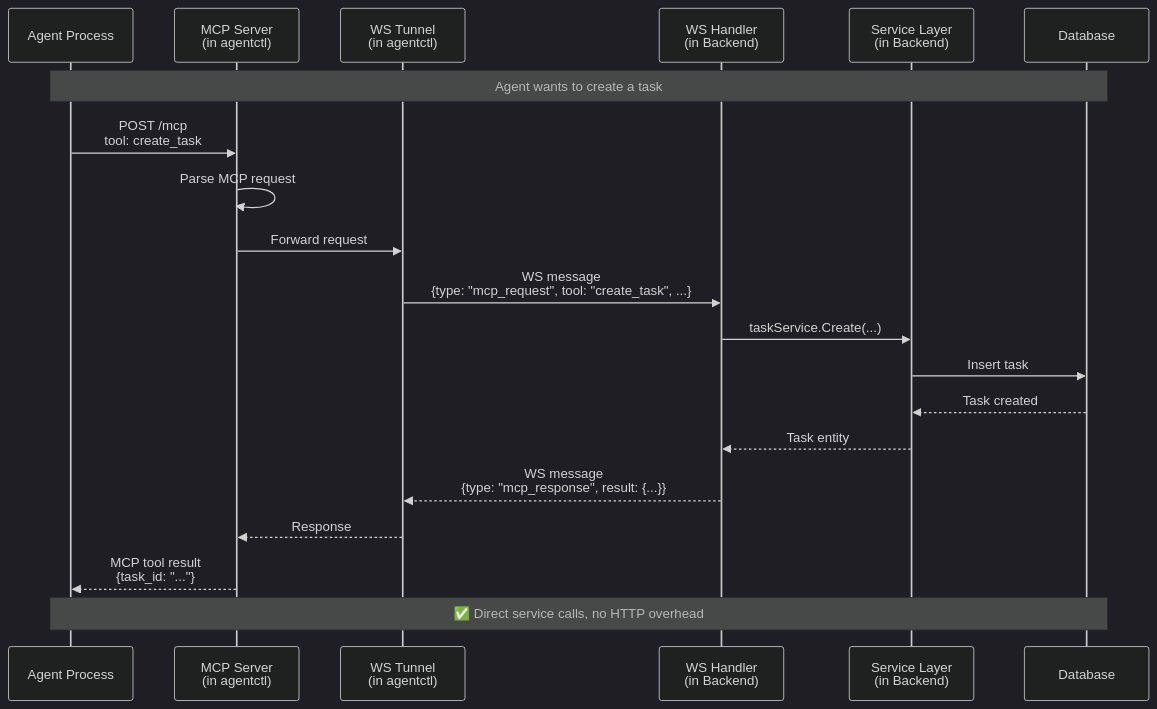
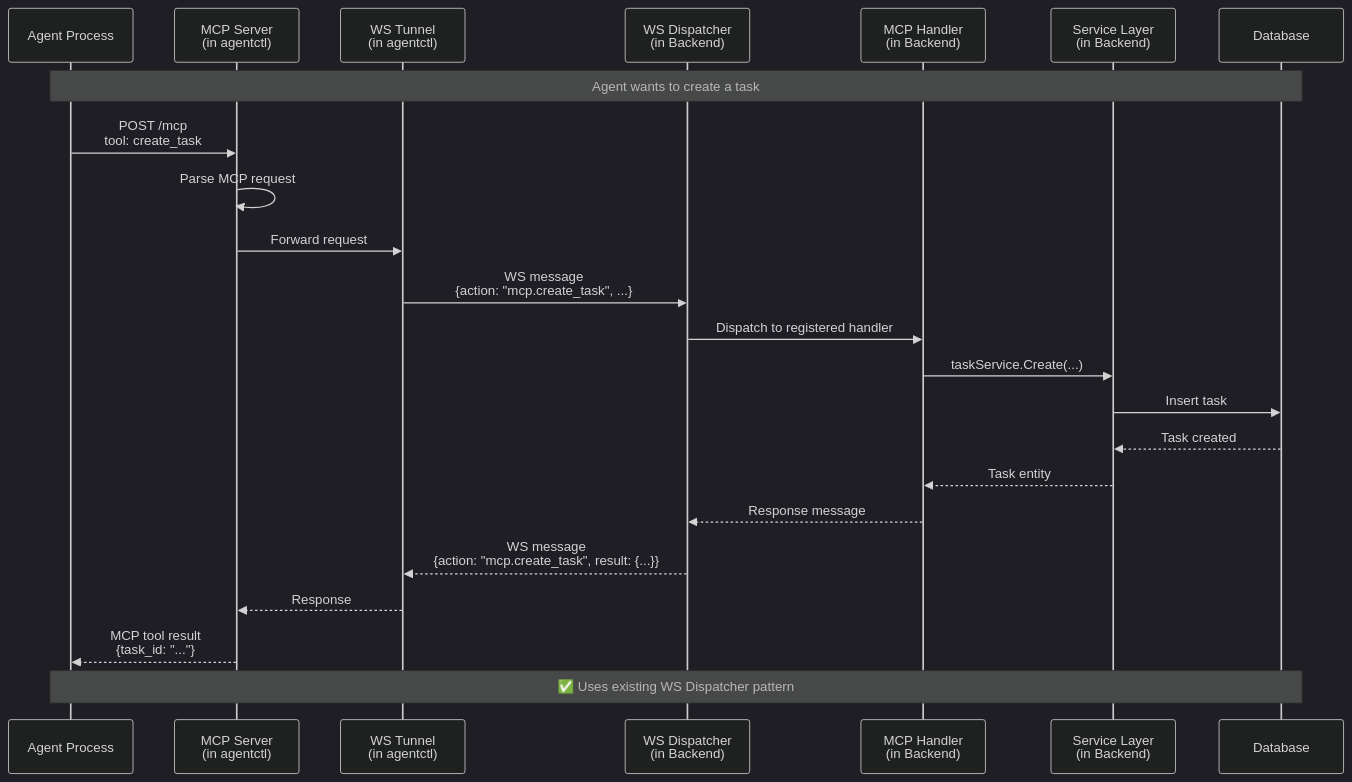
Before and after one commit to kdlbs/kandev: the third of 5 diagrams in docs/architecture/mcp-agentctl-migration.md, drawn with Mermaid (dark theme). The commit also changed other lines of this file, not shown here.

First line of the commit message:
docs: add backend internal architecture with WS Dispatcher pattern

````diff
--- a/docs/architecture/mcp-agentctl-migration.md
+++ b/docs/architecture/mcp-agentctl-migration.md
@@ -109,27 +116,30 @@
 ```mermaid
 sequenceDiagram
     participant Agent as Agent Process
     participant MCP as MCP Server<br/>(in agentctl)
     participant Tunnel as WS Tunnel<br/>(in agentctl)
-    participant WSHandler as WS Handler<br/>(in Backend)
+    participant Dispatcher as WS Dispatcher<br/>(in Backend)
+    participant Handler as MCP Handler<br/>(in Backend)
     participant Service as Service Layer<br/>(in Backend)
     participant DB as Database
 
     Note over Agent,DB: Agent wants to create a task
 
     Agent->>MCP: POST /mcp<br/>tool: create_task
     MCP->>MCP: Parse MCP request
 
     MCP->>Tunnel: Forward request
-    Tunnel->>WSHandler: WS message<br/>{type: "mcp_request", tool: "create_task", ...}
-    WSHandler->>Service: taskService.Create(...)
+    Tunnel->>Dispatcher: WS message<br/>{action: "mcp.create_task", ...}
+    Dispatcher->>Handler: Dispatch to registered handler
+    Handler->>Service: taskService.Create(...)
     Service->>DB: Insert task
     DB-->>Service: Task created
-    Service-->>WSHandler: Task entity
-    WSHandler-->>Tunnel: WS message<br/>{type: "mcp_response", result: {...}}
+    Service-->>Handler: Task entity
+    Handler-->>Dispatcher: Response message
+    Dispatcher-->>Tunnel: WS message<br/>{action: "mcp.create_task", result: {...}}
     Tunnel-->>MCP: Response
 
     MCP-->>Agent: MCP tool result<br/>{task_id: "..."}
 
-    Note over Agent,DB: ✅ Direct service calls, no HTTP overhead
+    Note over Agent,DB: ✅ Uses existing WS Dispatcher pattern
 ```
````
